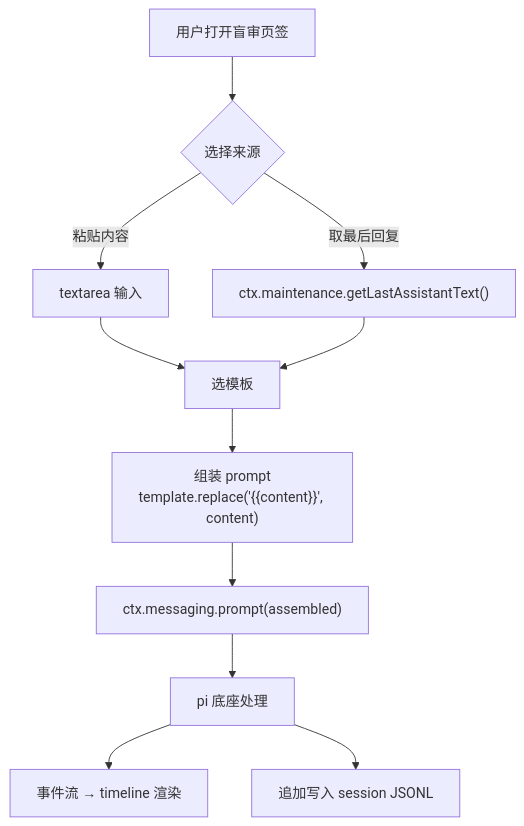
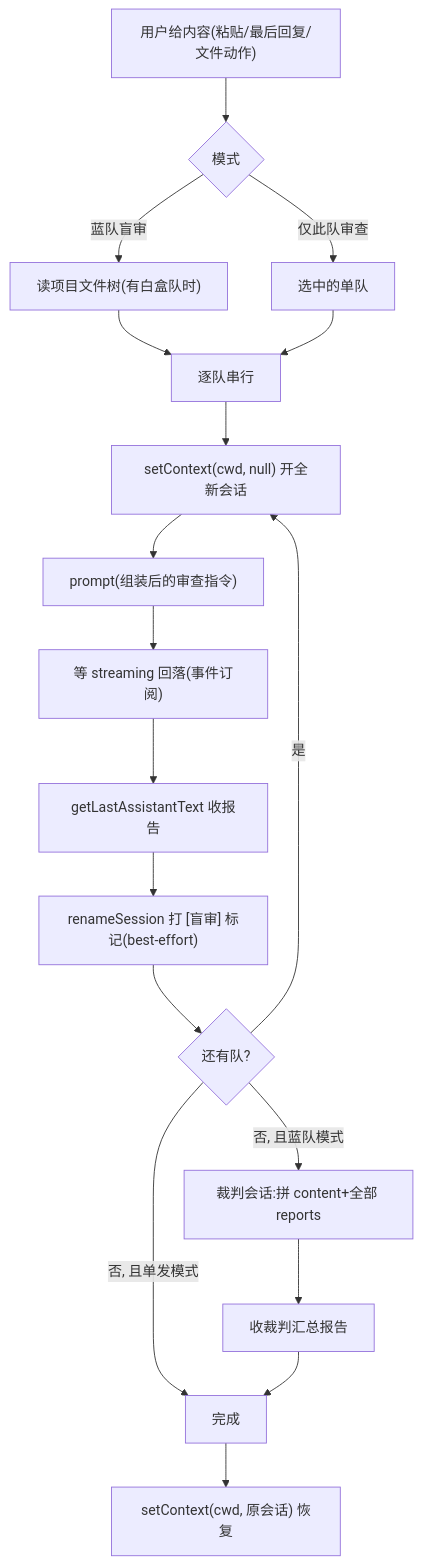
Before and after one commit to GOODDAYDAY/my-harness-desktop: the diagram in docs/plugins/blind-review.md, drawn with Mermaid. The commit also changed other lines of this file and 1 other file, not shown here.

````diff
--- a/docs/plugins/blind-review.md
+++ b/docs/plugins/blind-review.md
@@ -123,13 +118,20 @@
 ```mermaid
 flowchart TD
-    A["用户打开盲审页签"] --> B{"选择来源"}
-    B -->|粘贴内容| C["textarea 输入"]
-    B -->|取最后回复| D["ctx.maintenance.getLastAssistantText()"]
-    C --> E["选模板"]
-    D --> E
-    E --> F["组装 prompt<br/>template.replace('{{content}}', content)"]
-    F --> G["ctx.messaging.prompt(assembled)"]
-    G --> H["pi 底座处理"]
-    H --> I["事件流 → timeline 渲染"]
-    H --> J["追加写入 session JSONL"]
+    A["用户给内容(粘贴/最后回复/文件动作)"] --> B{"模式"}
+    B -->|蓝队盲审| C["读项目文件树(有白盒队时)"]
+    B -->|仅此队审查| T["选中的单队"]
+    C --> D["逐队串行"]
+    T --> D
+    D --> E["setContext(cwd, null) 开全新会话"]
+    E --> F["prompt(组装后的审查指令)"]
+    F --> G["等 streaming 回落(事件订阅)"]
+    G --> H["getLastAssistantText 收报告"]
+    H --> I["renameSession 打 [盲审] 标记(best-effort)"]
+    I --> J{"还有队?"}
+    J -->|是| E
+    J -->|否, 且蓝队模式| K["裁判会话:拼 content+全部 reports"]
+    K --> L["收裁判汇总报告"]
+    J -->|否, 且单发模式| M["完成"]
+    L --> M
+    M --> N["setContext(cwd, 原会话) 恢复"]
 ```
````
